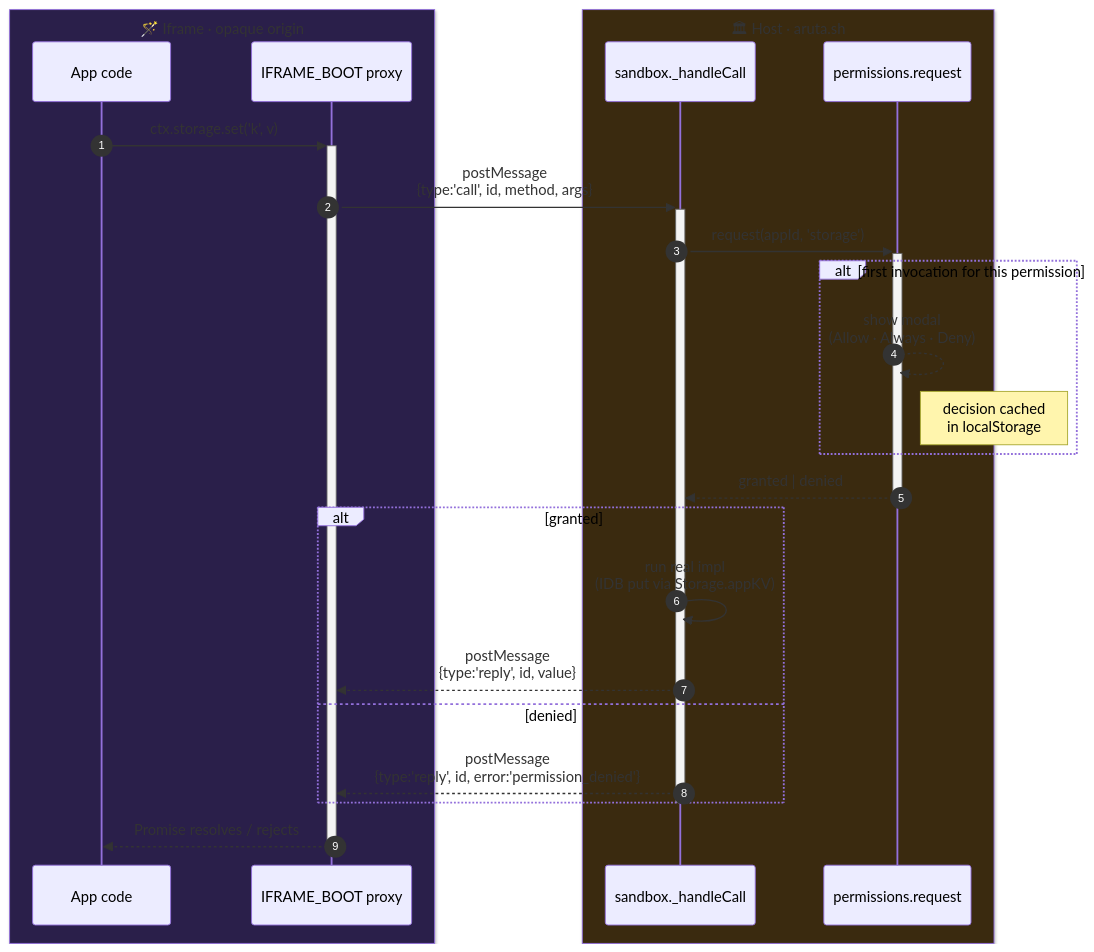
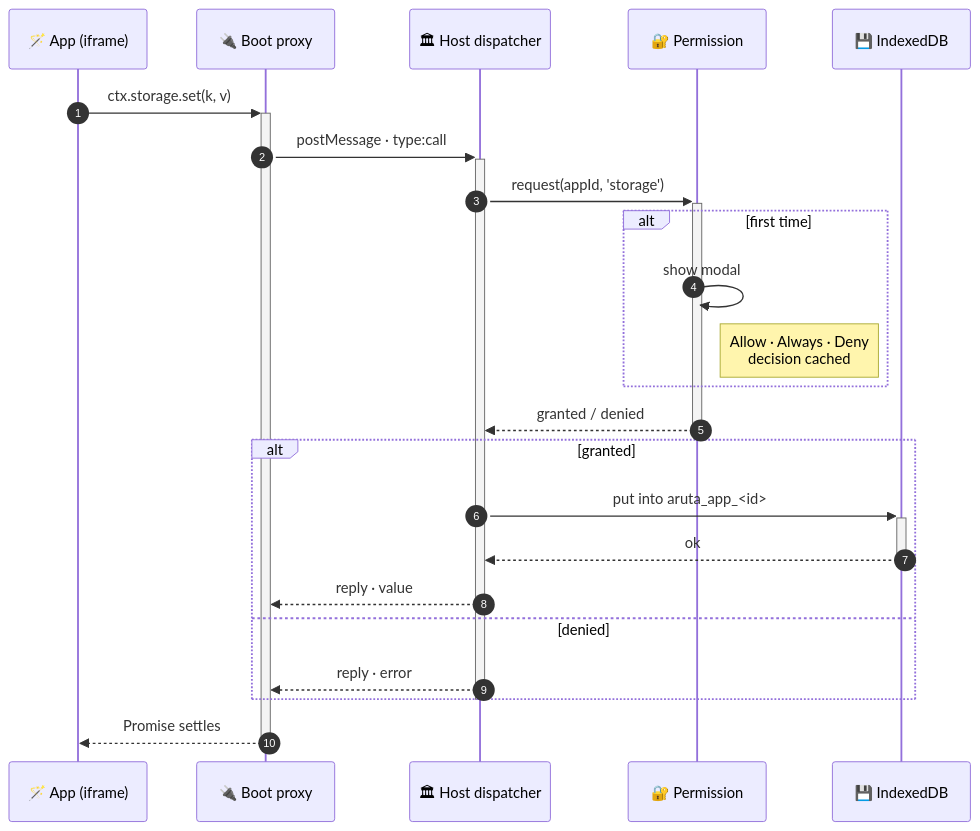
The second of 2 diagrams in docs/architecture.md (Arutosio/aruta.sh), drawn with Mermaid before and after one commit. The commit also changed other lines of this file, not shown here.

Commit message:
docs: mermaid — simpler subgraph-based flowchart + cleaner sequence diagram

````diff
--- a/docs/architecture.md
+++ b/docs/architecture.md
@@ -61,59 +74,31 @@
 ```mermaid
-%%{init: {
-  "theme": "base",
-  "themeVariables": {
-    "fontFamily": "Georgia, 'IM Fell English', serif",
-    "fontSize": "13px",
-    "primaryColor": "#2a1f4a",
-    "primaryTextColor": "#ede5ff",
-    "primaryBorderColor": "#a78bfa",
-    "secondaryColor": "#3a2a0f",
-    "tertiaryColor": "#1a0f2e",
-    "lineColor": "#ffc857",
-    "actorBkg": "#2a1f4a",
-    "actorBorder": "#ffc857",
-    "actorTextColor": "#ffe4a0",
-    "actorLineColor": "#ffc857",
-    "signalColor": "#ffe4a0",
-    "signalTextColor": "#ffe4a0",
-    "labelBoxBkgColor": "#3b2a5c",
-    "labelBoxBorderColor": "#ffc857",
-    "labelTextColor": "#ffe4a0",
-    "noteBkgColor": "#3a2a0f",
-    "noteTextColor": "#ffd8b0",
-    "noteBorderColor": "#fb923c",
-    "altBackground": "#0f2e1a"
-  }
-}}%%
 sequenceDiagram
     autonumber
-    box rgb(42,31,74) 🪄 Iframe · opaque origin
-    participant App as App code
-    participant Boot as IFRAME_BOOT proxy
-    end
-    box rgb(58,42,15) 🏛 Host · aruta.sh
-    participant Host as sandbox._handleCall
-    participant Perm as permissions.request
+    participant App as 🪄 App (iframe)
+    participant Boot as 🔌 Boot proxy
+    participant Host as 🏛 Host dispatcher
+    participant Perm as 🔐 Permission
+    participant IDB as 💾 IndexedDB
+
+    App->>+Boot: ctx.storage.set(k, v)
+    Boot->>+Host: postMessage · type:call
+    Host->>+Perm: request(appId, 'storage')
+
+    alt first time
+        Perm->>Perm: show modal
+        Note right of Perm: Allow · Always · Deny<br/>decision cached
     end
 
-    App->>+Boot: ctx.storage.set('k', v)
-    Boot->>+Host: postMessage<br/>{type:'call', id, method, args}
-    Host->>+Perm: request(appId, 'storage')
-
-    alt first invocation for this permission
-        Perm-->>Perm: show modal<br/>(Allow · Always · Deny)
-        Note right of Perm: decision cached<br/>in localStorage
-    end
-
-    Perm-->>-Host: granted | denied
+    Perm-->>-Host: granted / denied
 
     alt granted
-        Host->>Host: run real impl<br/>(IDB put via Storage.appKV)
-        Host-->>Boot: postMessage<br/>{type:'reply', id, value}
+        Host->>+IDB: put into aruta_app_<id>
+        IDB-->>-Host: ok
+        Host-->>Boot: reply · value
     else denied
-        Host-->>Boot: postMessage<br/>{type:'reply', id, error:'permission_denied'}
+        Host-->>Boot: reply · error
     end
     deactivate Host
 
-    Boot-->>-App: Promise resolves / rejects
+    Boot-->>-App: Promise settles
 ```
````
